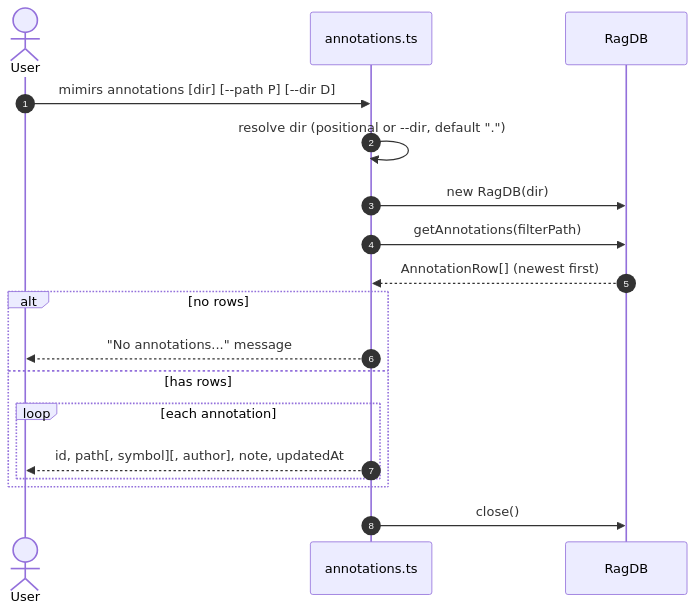
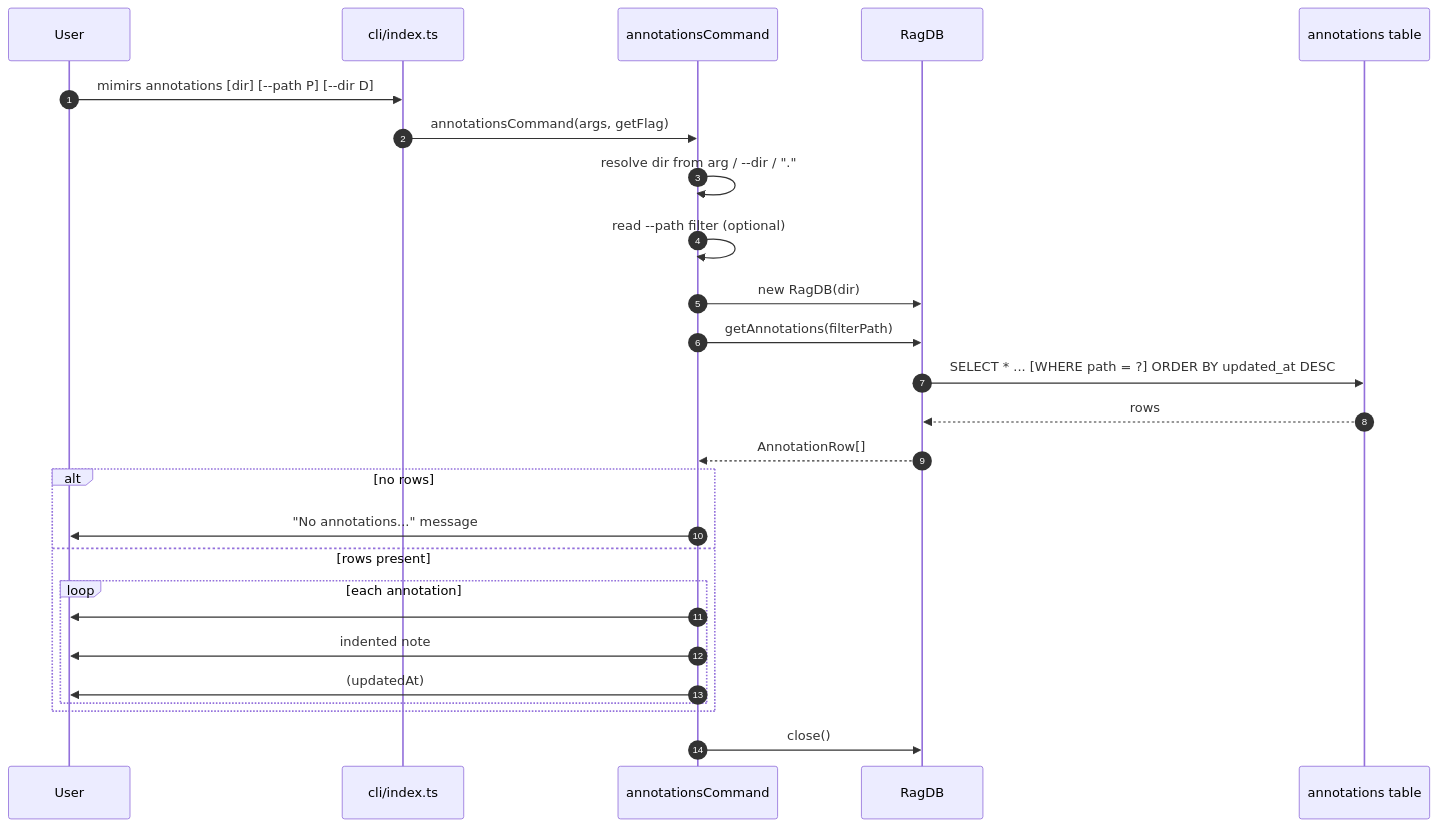
The diagram in wiki/cli/annotations.md (TheWinci/mimirs), drawn with Mermaid before and after one commit. The commit also changed other lines of this file and 51 other files, not shown here.

````diff
--- a/wiki/cli/annotations.md
+++ b/wiki/cli/annotations.md
@@ -27,20 +11,28 @@
 ```mermaid
 sequenceDiagram
-    autonumber
-    actor User
-    participant CLI as annotations.ts
-    participant DB as RagDB
-    User->>CLI: mimirs annotations [dir] [--path P] [--dir D]
-    CLI->>CLI: resolve dir (positional or --dir, default ".")
-    CLI->>DB: new RagDB(dir)
-    CLI->>DB: getAnnotations(filterPath)
-    DB-->>CLI: AnnotationRow[] (newest first)
-    alt no rows
-        CLI-->>User: "No annotations..." message
-    else has rows
-        loop each annotation
-            CLI-->>User: id, path[, symbol][, author], note, updatedAt
-        end
+  autonumber
+  participant User
+  participant Dispatch as cli/index.ts
+  participant Cmd as annotationsCommand
+  participant DB as RagDB
+  participant SQLite as annotations table
+  User->>Dispatch: mimirs annotations [dir] [--path P] [--dir D]
+  Dispatch->>Cmd: annotationsCommand(args, getFlag)
+  Cmd->>Cmd: resolve dir from arg / --dir / "."
+  Cmd->>Cmd: read --path filter (optional)
+  Cmd->>DB: new RagDB(dir)
+  Cmd->>DB: getAnnotations(filterPath)
+  DB->>SQLite: SELECT * ... [WHERE path = ?] ORDER BY updated_at DESC
+  SQLite-->>DB: rows
+  DB-->>Cmd: AnnotationRow[]
+  alt no rows
+    Cmd->>User: "No annotations..." message
+  else rows present
+    loop each annotation
+      Cmd->>User: #id  target [author]
+      Cmd->>User: indented note
+      Cmd->>User: (updatedAt)
     end
-    CLI->>DB: close()
+  end
+  Cmd->>DB: close()
 ```
````
